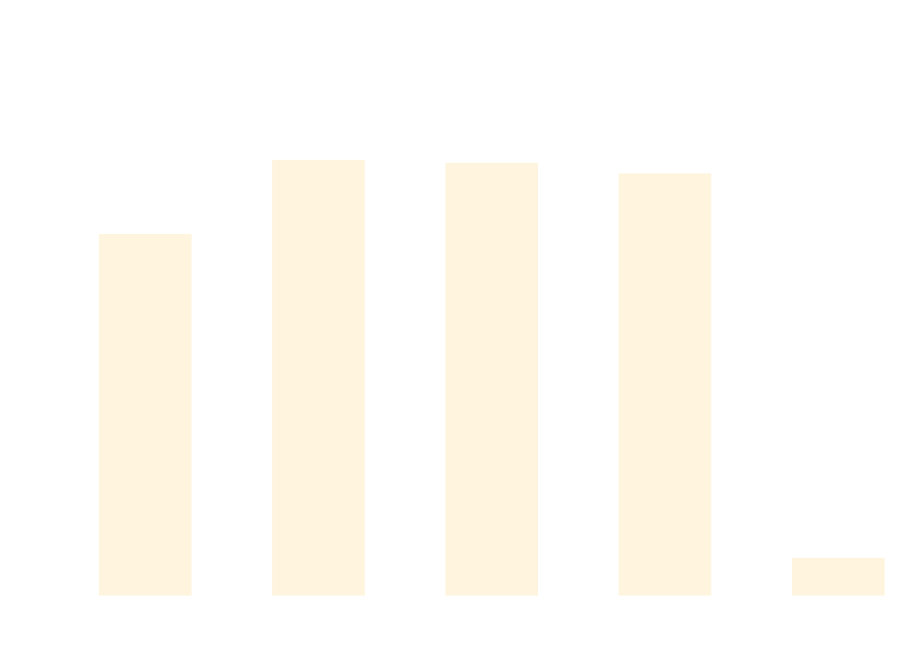
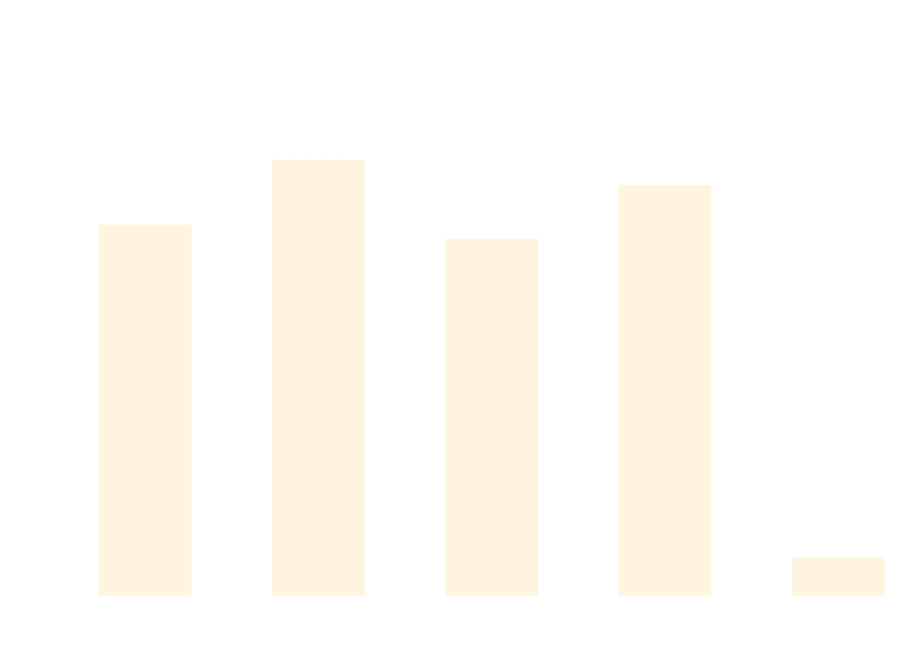
Before and after one commit to thomhurst/TUnit: the diagram in docs/docs/benchmarks/ScaleTests.md, drawn with Mermaid. The commit also changed other lines of this file and 17 other files, not shown here.

````diff
--- a/docs/docs/benchmarks/ScaleTests.md
+++ b/docs/docs/benchmarks/ScaleTests.md
@@ -27,37 +27,37 @@
 ```mermaid
 %%{init: {
   'theme':'base',
   'themeVariables': {
     'primaryColor': '#2563eb',
     'primaryTextColor': '#ffffff',
     'primaryBorderColor': '#1e40af',
     'lineColor': '#6b7280',
     'secondaryColor': '#7c3aed',
     'tertiaryColor': '#dc2626',
     'background': '#ffffff',
     'mainBkg': '#2563eb',
     'secondBkg': '#7c3aed',
     'tertiaryBkg': '#dc2626',
     'clusterBkg': '#f3f4f6',
     'edgeLabelBackground': '#ffffff',
     'tertiaryTextColor': '#1f2937',
     'pie1': '#2563eb',
     'pie2': '#7c3aed',
     'pie3': '#dc2626',
     'pie4': '#f59e0b',
     'pie5': '#10b981',
     'pie6': '#06b6d4',
     'pie7': '#ec4899',
     'pie8': '#6366f1',
     'pie9': '#84cc16',
     'pie10': '#f97316',
     'pie11': '#14b8a6',
     'pie12': '#a855f7'
   }
 }}%%
 xychart-beta
   title "ScaleTests Performance Comparison"
   x-axis ["TUnit", "NUnit", "MSTest", "xUnit3", "TUnit_AOT"]
-  y-axis "Time (ms)" 0 --> 757
-  bar [520.76, 630.59, 626.21, 610.49, 41.32]
+  y-axis "Time (ms)" 0 --> 736
+  bar [519.76, 613.14, 499.9, 576.89, 41.13]
 ```
````
